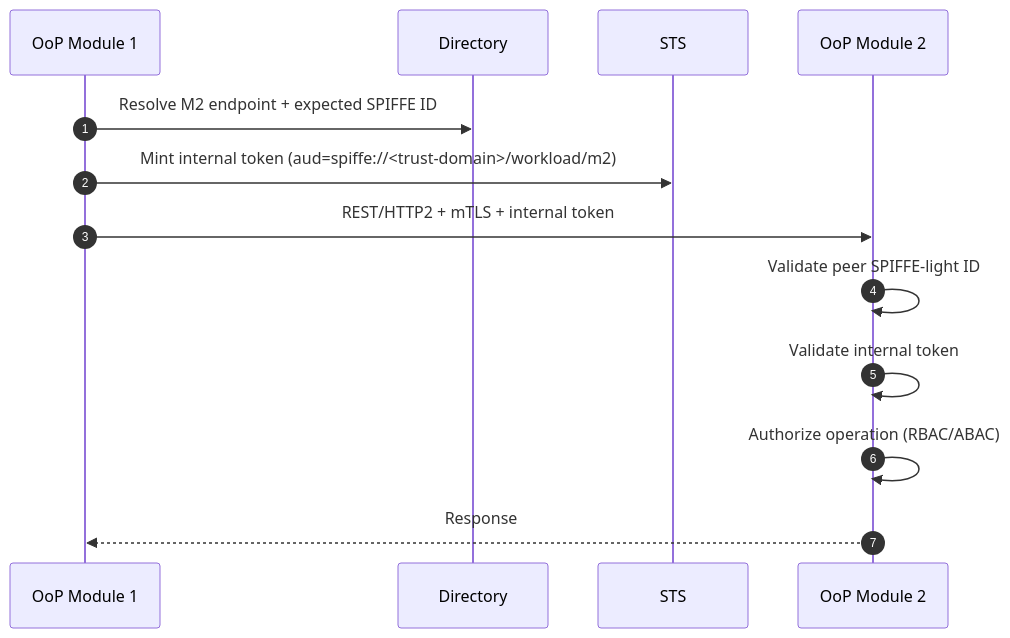
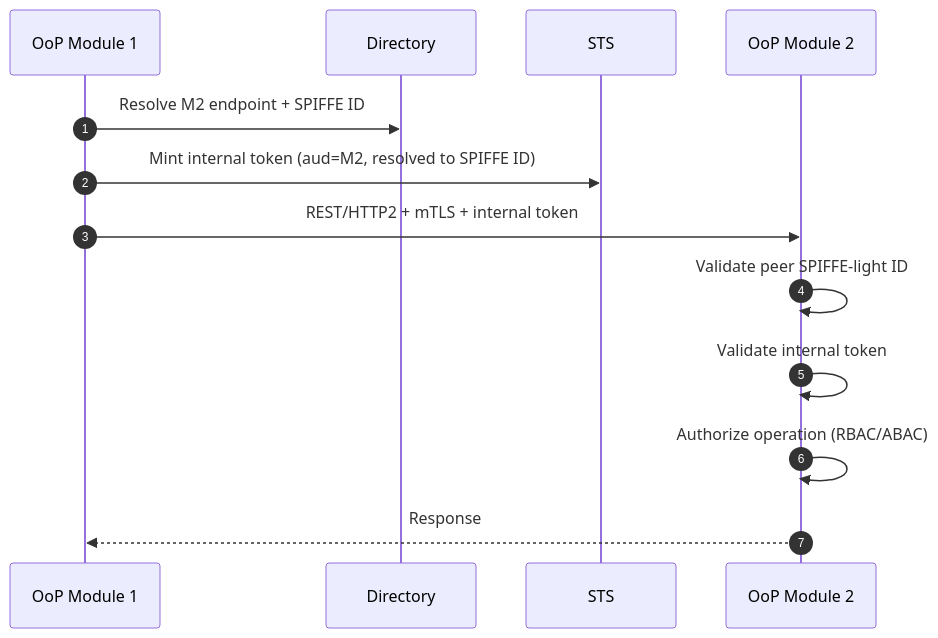
Before and after one commit to MikeFalcon77/modkit-zero-trust: the fourth of 5 diagrams in modkit_zero_trust.MD, drawn with Mermaid. The commit also changed other lines of this file, not shown here.

First line of the commit message:
feat(zero-trust v2): clarify STS role, SPIFFE usage, bootstrap flows, and enforcement boundaries

````diff
--- a/modkit_zero_trust.MD
+++ b/modkit_zero_trust.MD
@@ -1277,16 +1027,16 @@
 ```mermaid
 sequenceDiagram
   autonumber
   participant M1 as OoP Module 1
   participant DIR as Directory
   participant STS as STS
   participant M2 as OoP Module 2
 
-  M1->>DIR: Resolve M2 endpoint + expected SPIFFE ID
-  M1->>STS: Mint internal token (aud=spiffe://<trust-domain>/workload/m2)
+  M1->>DIR: Resolve M2 endpoint + SPIFFE ID
+  M1->>STS: Mint internal token (aud=M2, resolved to SPIFFE ID)
   M1->>M2: REST/HTTP2 + mTLS + internal token
   M2->>M2: Validate peer SPIFFE-light ID
   M2->>M2: Validate internal token
   M2->>M2: Authorize operation (RBAC/ABAC)
   M2-->>M1: Response
 ```
````
